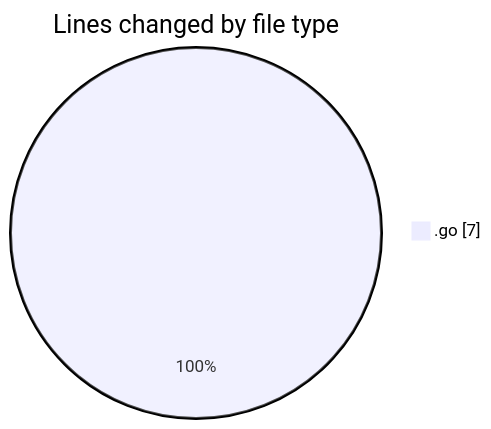
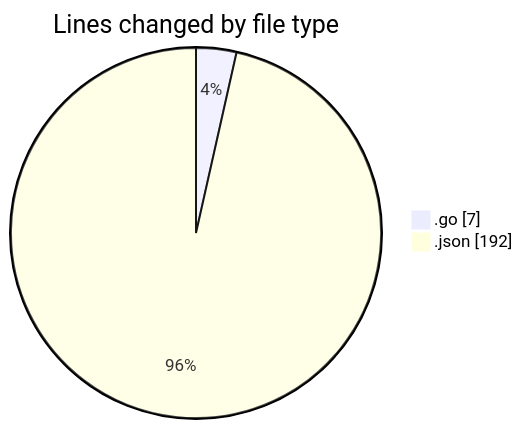
The first of 2 diagrams in 2026-02-15/authentication/README.md (Ritupan-Deka/code-tracking), drawn with Mermaid before and after one commit. The commit also changed other lines of this file and 1 other file, not shown here.

````diff
--- a/2026-02-15/authentication/README.md
+++ b/2026-02-15/authentication/README.md
@@ -20,5 +21,6 @@
 ```mermaid
 pie showData
 title Lines changed by file type
 ".go" : 7
+".json" : 192
 ```
````
